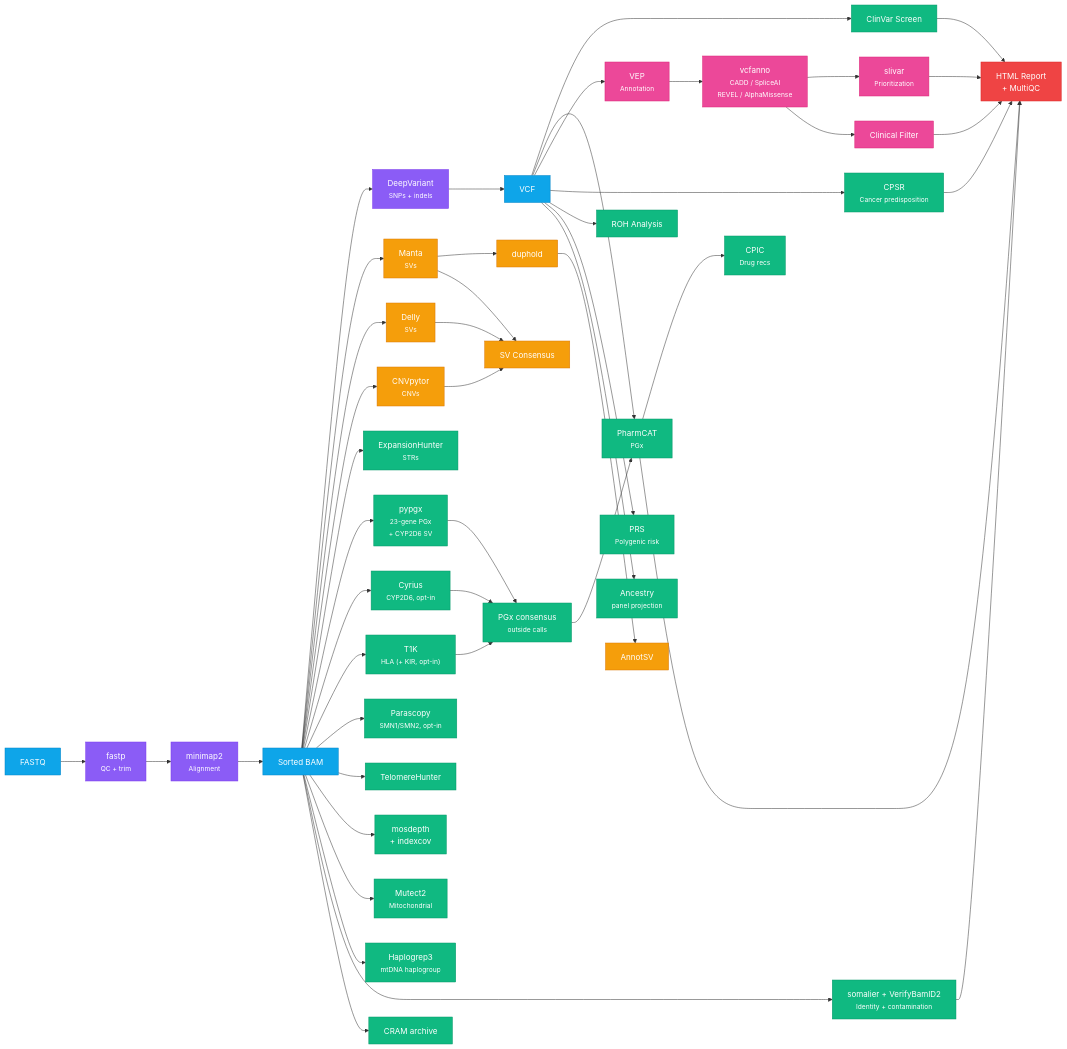
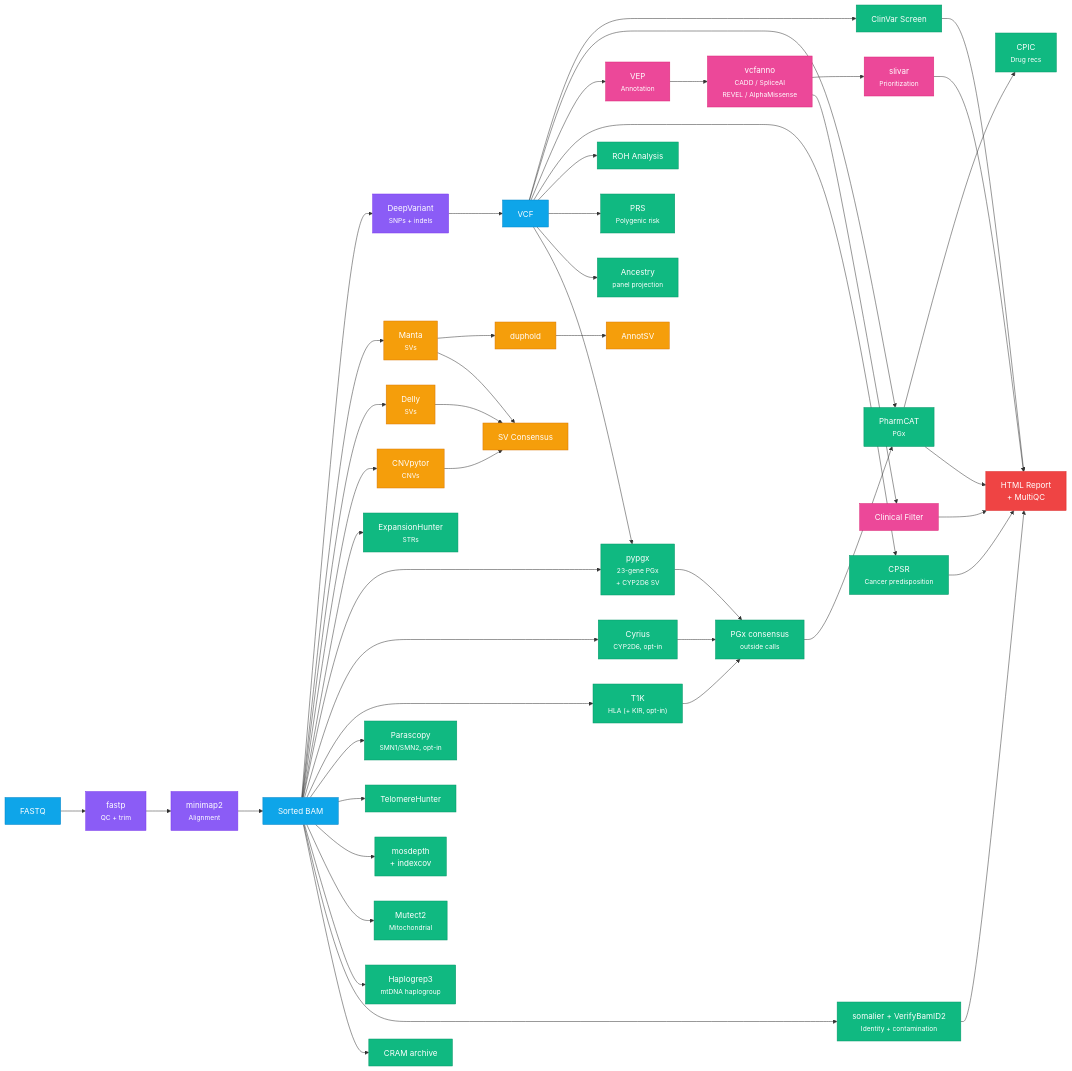
The diagram in docs/pipeline-overview.md (GeiserX/Personal-Genome-Pipeline), drawn with Mermaid before and after one commit. The commit also changed 12 other files, not shown here.

````diff
--- a/docs/pipeline-overview.md
+++ b/docs/pipeline-overview.md
@@ -23,70 +23,72 @@
 ```mermaid
 graph LR
     FASTQ["FASTQ"] --> fastp["fastp<br/><small>QC + trim</small>"]
     fastp --> align["minimap2<br/><small>Alignment</small>"]
     align --> BAM["Sorted BAM"]
     BAM --> DV["DeepVariant<br/><small>SNPs + indels</small>"]
     DV --> VCF["VCF"]
 
     %% VCF-based analyses
     VCF --> clinvar["ClinVar Screen"]
     VCF --> pharmcat["PharmCAT<br/><small>PGx</small>"]
     pharmcat --> cpic["CPIC<br/><small>Drug recs</small>"]
     VCF --> vep["VEP<br/><small>Annotation</small>"]
     vep --> vcfanno["vcfanno<br/><small>CADD / SpliceAI<br/>REVEL / AlphaMissense</small>"]
     vcfanno --> slivar["slivar<br/><small>Prioritization</small>"]
     vcfanno --> clinical["Clinical Filter"]
     VCF --> cpsr["CPSR<br/><small>Cancer predisposition</small>"]
     VCF --> roh["ROH Analysis"]
     VCF --> prs["PRS<br/><small>Polygenic risk</small>"]
     VCF --> ancestry["Ancestry<br/><small>panel projection</small>"]
 
     %% BAM-based analyses
     BAM --> manta["Manta<br/><small>SVs</small>"]
     BAM --> delly["Delly<br/><small>SVs</small>"]
     BAM --> cnvpytor["CNVpytor<br/><small>CNVs</small>"]
     manta --> duphold["duphold"]
     duphold --> annotsv["AnnotSV"]
     manta --> consensus["SV Consensus"]
     delly --> consensus
     cnvpytor --> consensus
 
     BAM --> eh["ExpansionHunter<br/><small>STRs</small>"]
     BAM --> pypgx["pypgx<br/><small>23-gene PGx<br/>+ CYP2D6 SV</small>"]
+    %% pypgx reads the VCF too, so it waits for DeepVariant
+    VCF --> pypgx
     BAM --> cyrius["Cyrius<br/><small>CYP2D6, opt-in</small>"]
     BAM --> hla["T1K<br/><small>HLA (+ KIR, opt-in)</small>"]
     BAM --> paralogs["Parascopy<br/><small>SMN1/SMN2, opt-in</small>"]
     hla --> consensus36["PGx consensus<br/><small>outside calls</small>"]
     pypgx --> consensus36
     cyrius --> consensus36
     consensus36 --> pharmcat
     BAM --> telomere["TelomereHunter"]
     BAM --> coverage["mosdepth<br/>+ indexcov"]
     BAM --> mito["Mutect2<br/><small>Mitochondrial</small>"]
     BAM --> haplo["Haplogrep3<br/><small>mtDNA haplogroup</small>"]
     BAM --> sampleqc["somalier + VerifyBamID2<br/><small>Identity + contamination</small>"]
     BAM --> cram["CRAM archive"]
 
     %% Reporting
     clinical --> report["HTML Report<br/>+ MultiQC"]
     slivar --> report
     clinvar --> report
     pharmcat --> report
     cpsr --> report
     sampleqc --> report
 
     %% Styling
     classDef input fill:#0ea5e9,stroke:#0284c7,color:#fff
     classDef core fill:#8b5cf6,stroke:#7c3aed,color:#fff
     classDef analysis fill:#10b981,stroke:#059669,color:#fff
     classDef sv fill:#f59e0b,stroke:#d97706,color:#fff
     classDef annotation fill:#ec4899,stroke:#db2777,color:#fff
     classDef report fill:#ef4444,stroke:#dc2626,color:#fff
 
     class FASTQ,BAM,VCF input
     class fastp,align,DV core
     class clinvar,pharmcat,cpic,cpsr,eh,roh,prs,ancestry,pypgx,cyrius,hla,paralogs,consensus36,telomere,coverage,mito,haplo,sampleqc,cram analysis
     class manta,delly,cnvpytor,consensus,duphold,annotsv sv
     class vep,vcfanno,slivar,clinical annotation
     class report report
 ```
````
